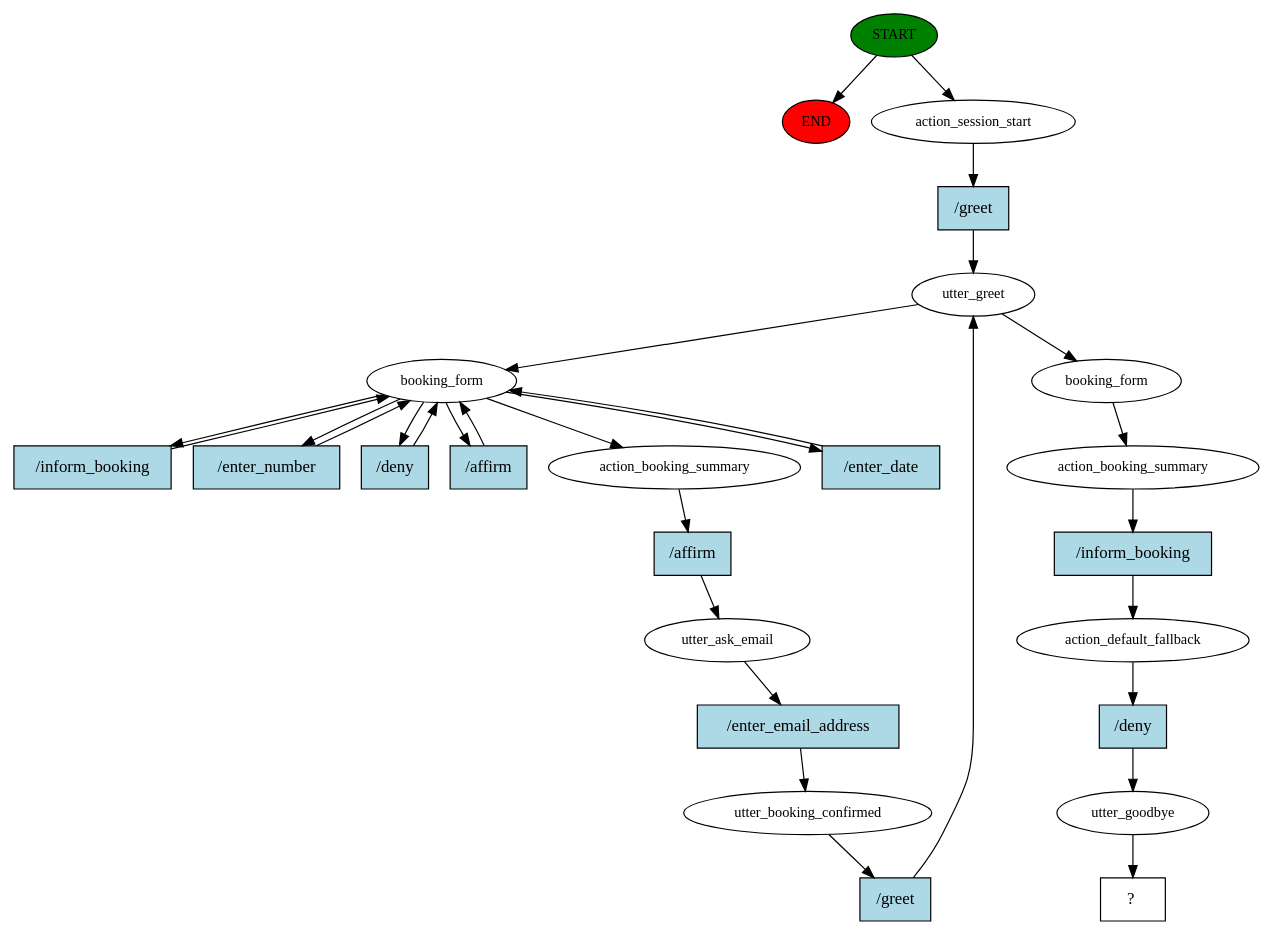
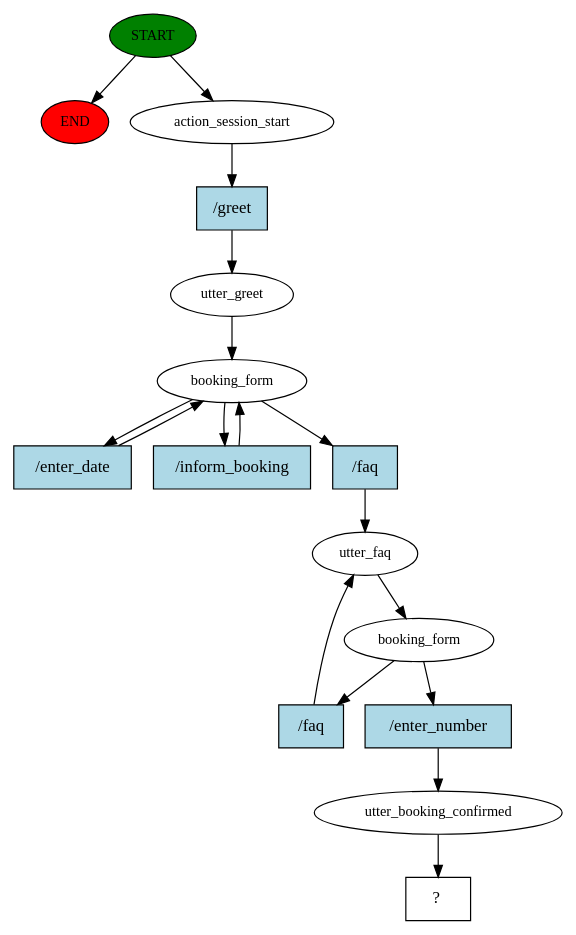
Before and after one commit to nbfr-ui/rasa-chatbot: the diagram in story_graph.dot, drawn with Graphviz. The commit also changed 4 other files, not shown here.

```diff
--- a/story_graph.dot
+++ b/story_graph.dot
@@ -1,55 +1,34 @@
 digraph  {
 0 [class="start active", fillcolor=green, fontsize=12, label=START, style=filled];
 "-1" [class=end, fillcolor=red, fontsize=12, label=END, style=filled];
 1 [class=active, fontsize=12, label=action_session_start];
 2 [class=active, fontsize=12, label=utter_greet];
 3 [class=active, fontsize=12, label=booking_form];
-9 [class=active, fontsize=12, label=action_booking_summary];
-10 [class=active, fontsize=12, label=utter_ask_email];
-11 [class=active, fontsize=12, label=utter_booking_confirmed];
+12 [class=active, fontsize=12, label=utter_faq];
 13 [class=active, fontsize=12, label=booking_form];
-14 [class=active, fontsize=12, label=action_booking_summary];
-15 [class=active, fontsize=12, label=action_default_fallback];
-16 [class=active, fontsize=12, label=utter_goodbye];
+16 [class=active, fontsize=12, label=utter_booking_confirmed];
 17 [class="intent dashed active", label="  ?  ", shape=rect];
 18 [class="intent active", fillcolor=lightblue, label="/greet", shape=rect, style=filled];
 19 [class="intent active", fillcolor=lightblue, label="/enter_date", shape=rect, style=filled];
 20 [class="intent active", fillcolor=lightblue, label="/inform_booking", shape=rect, style=filled];
-21 [class="intent active", fillcolor=lightblue, label="/enter_number", shape=rect, style=filled];
-22 [class="intent active", fillcolor=lightblue, label="/deny", shape=rect, style=filled];
-23 [class="intent active", fillcolor=lightblue, label="/affirm", shape=rect, style=filled];
-24 [class="intent active", fillcolor=lightblue, label="/affirm", shape=rect, style=filled];
-25 [class="intent active", fillcolor=lightblue, label="/enter_email_address", shape=rect, style=filled];
-26 [class="intent active", fillcolor=lightblue, label="/greet", shape=rect, style=filled];
-27 [class="intent active", fillcolor=lightblue, label="/inform_booking", shape=rect, style=filled];
-28 [class="intent active", fillcolor=lightblue, label="/deny", shape=rect, style=filled];
+21 [class="intent active", fillcolor=lightblue, label="/faq", shape=rect, style=filled];
+22 [class="intent active", fillcolor=lightblue, label="/faq", shape=rect, style=filled];
+23 [class="intent active", fillcolor=lightblue, label="/enter_number", shape=rect, style=filled];
 0 -> "-1"  [class="", key=NONE, label=""];
 0 -> 1  [class=active, key=NONE, label=""];
 1 -> 18  [class=active, key=0];
 2 -> 3  [class=active, key=NONE, label=""];
-2 -> 13  [class=active, key=NONE, label=""];
-3 -> 9  [class=active, key=NONE, label=""];
 3 -> 19  [class=active, key=0];
 3 -> 20  [class=active, key=0];
 3 -> 21  [class=active, key=0];
-3 -> 22  [class=active, key=0];
-3 -> 23  [class=active, key=0];
-9 -> 24  [class=active, key=0];
-10 -> 25  [class=active, key=0];
-11 -> 26  [class=active, key=0];
-13 -> 14  [class=active, key=NONE, label=""];
-14 -> 27  [class=active, key=0];
-15 -> 28  [class=active, key=0];
+12 -> 13  [class=active, key=NONE, label=""];
+13 -> 22  [class=active, key=0];
+13 -> 23  [class=active, key=0];
 16 -> 17  [class=active, key=NONE, label=""];
 18 -> 2  [class=active, key=0];
 19 -> 3  [class=active, key=0];
 20 -> 3  [class=active, key=0];
-21 -> 3  [class=active, key=0];
-22 -> 3  [class=active, key=0];
-23 -> 3  [class=active, key=0];
-24 -> 10  [class=active, key=0];
-25 -> 11  [class=active, key=0];
-26 -> 2  [class=active, key=0];
-27 -> 15  [class=active, key=0];
-28 -> 16  [class=active, key=0];
+21 -> 12  [class=active, key=0];
+22 -> 12  [class=active, key=0];
+23 -> 16  [class=active, key=0];
 }
```
